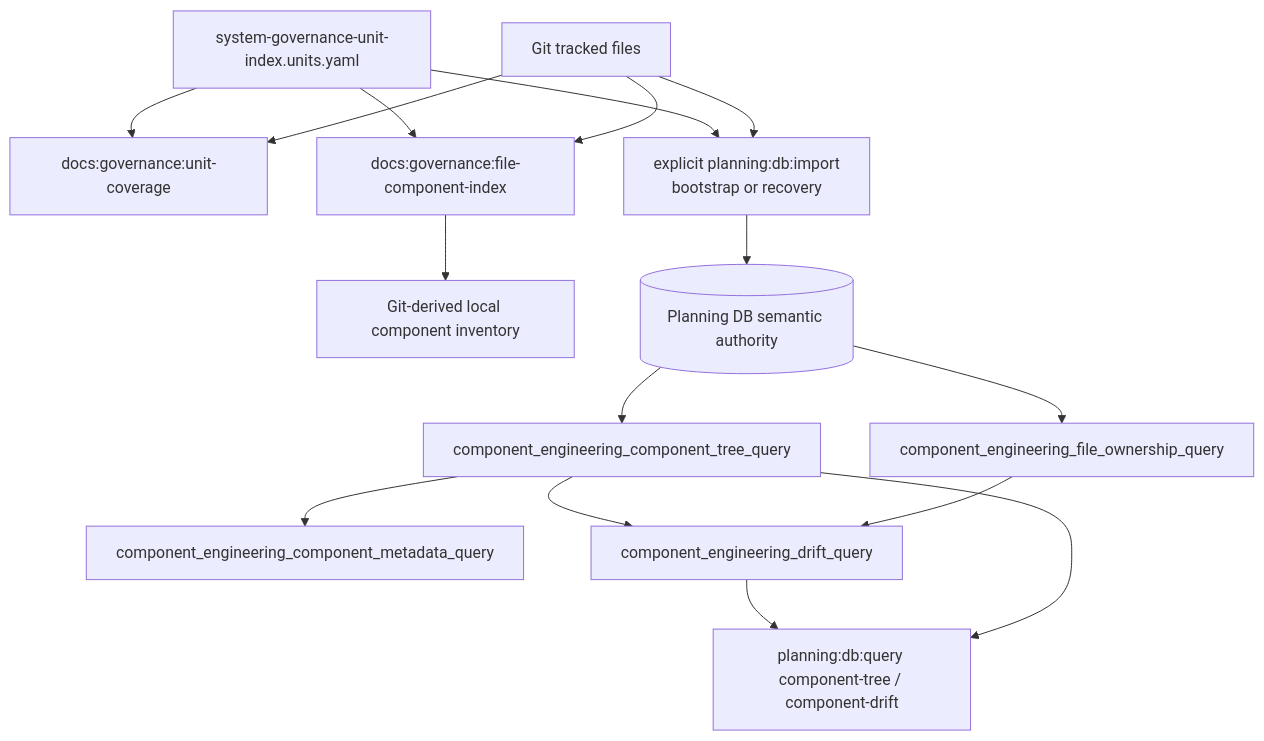
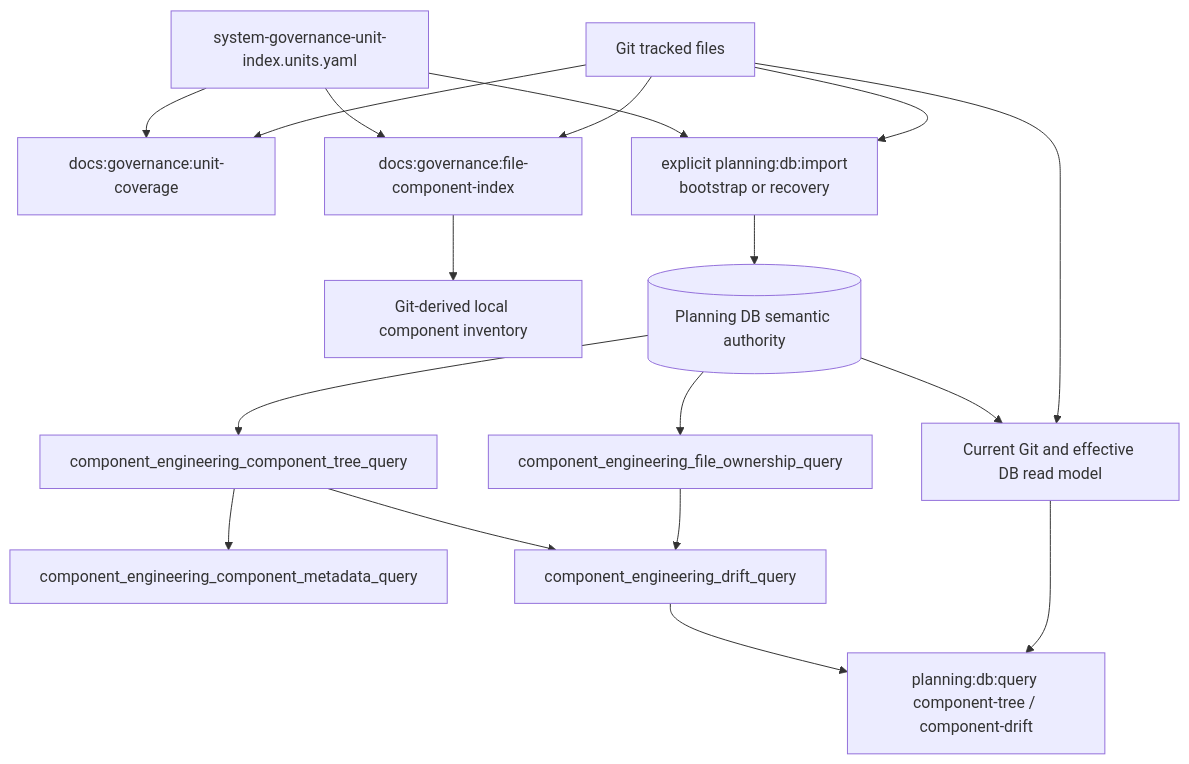
The fifth of 6 diagrams in docs/architecture/components/ci-governance/component-engineering-record-component.md (dunay2/dvt), drawn with Mermaid before and after one commit. The commit also changed other lines of this file and 10 other files, not shown here.

Commit message:
fix(ci): Reconcile current component reads and Planning DB bootstrap

````diff
--- a/docs/architecture/components/ci-governance/component-engineering-record-component.md
+++ b/docs/architecture/components/ci-governance/component-engineering-record-component.md
@@ -300,31 +343,34 @@
 ```mermaid
 flowchart TB
   Manifest["system-governance-unit-index.units.yaml"]
   GitFiles["Git tracked files"]
   UnitCoverage["docs:governance:unit-coverage"]
   FileIndex["docs:governance:file-component-index"]
   LocalInventory["Git-derived local component inventory"]
   ExplicitImport["explicit planning:db:import\nbootstrap or recovery"]
   PlanningDb[("Planning DB semantic authority")]
+  Current["Current Git and effective DB read model"]
   Tree["component_engineering_component_tree_query"]
   Files["component_engineering_file_ownership_query"]
   Metadata["component_engineering_component_metadata_query"]
   Drift["component_engineering_drift_query"]
   Operator["planning:db:query component-tree / component-drift"]
 
   Manifest --> UnitCoverage
   Manifest --> FileIndex
   GitFiles --> UnitCoverage
   GitFiles --> FileIndex
   FileIndex --> LocalInventory
   Manifest --> ExplicitImport
   GitFiles --> ExplicitImport
   ExplicitImport --> PlanningDb
   PlanningDb --> Tree
   PlanningDb --> Files
+  PlanningDb --> Current
+  GitFiles --> Current
   Tree --> Metadata
   Tree --> Drift
   Files --> Drift
   Drift --> Operator
-  Tree --> Operator
+  Current --> Operator
 ```
````
